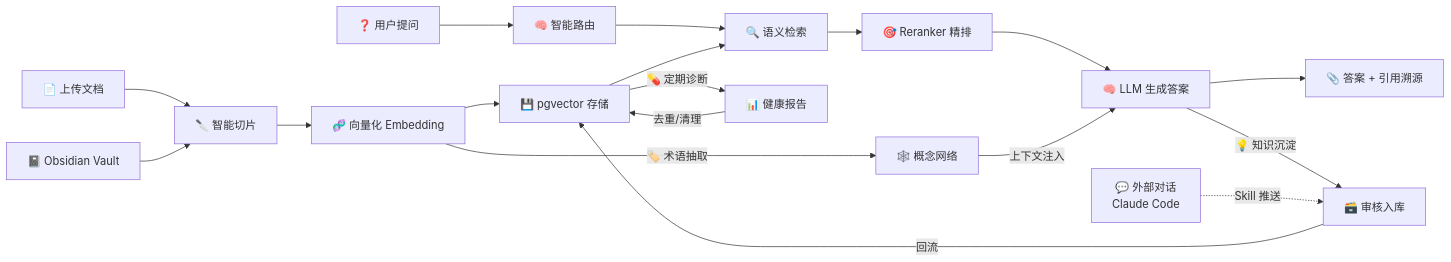
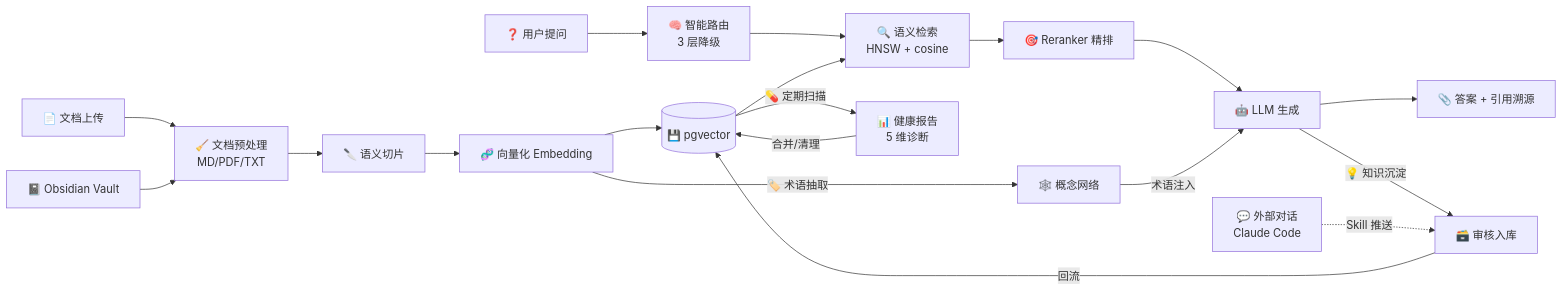
One commit to sqking-coke/mindvaults changed the first of 2 diagrams in README.md. Above: the diagram before and after it, drawn with Mermaid. The commit also changed other lines of this file, not shown here.

First line of the commit message:
docs: 优化 README 流程图 — 增加预处理阶段，更新数据治理架构

````diff
--- a/README.md
+++ b/README.md
@@ -29,23 +29,24 @@
 ```mermaid
 flowchart LR
-    A[📄 上传文档] --> B[🔪 智能切片]
-    V[📓 Obsidian Vault] --> B
+    A[📄 文档上传] --> P[🧹 文档预处理<br/>MD/PDF/TXT]
+    V[📓 Obsidian Vault] --> P
+    P --> B[🔪 语义切片]
     B --> C[🧬 向量化 Embedding]
-    C --> D[💾 pgvector 存储]
-    E[❓ 用户提问] --> R[🧠 智能路由]
-    R --> F[🔍 语义检索]
+    C --> D[(💾 pgvector)]
+
+    E[❓ 用户提问] --> R[🧠 智能路由<br/>3 层降级]
+    R --> F[🔍 语义检索<br/>HNSW + cosine]
     D --> F
     F --> G[🎯 Reranker 精排]
-    G --> H[🧠 LLM 生成答案]
+    G --> H[🤖 LLM 生成]
+    K -->|术语注入| H
     H --> I[📎 答案 + 引用溯源]
 
+    C -->|🏷️ 术语抽取| K[🕸️ 概念网络]
     H -->|💡 知识沉淀| J[🗃️ 审核入库]
     W[💬 外部对话<br/>Claude Code] -.->|Skill 推送| J
     J -->|回流| D
 
-    C -->|🏷️ 术语抽取| K[🕸️ 概念网络]
-    K -->|上下文注入| H
-
-    D -->|💊 定期诊断| L[📊 健康报告]
-    L -->|去重/清理| D
+    D -->|💊 定期扫描| L[📊 健康报告<br/>5 维诊断]
+    L -->|合并/清理| D
 ```
````
